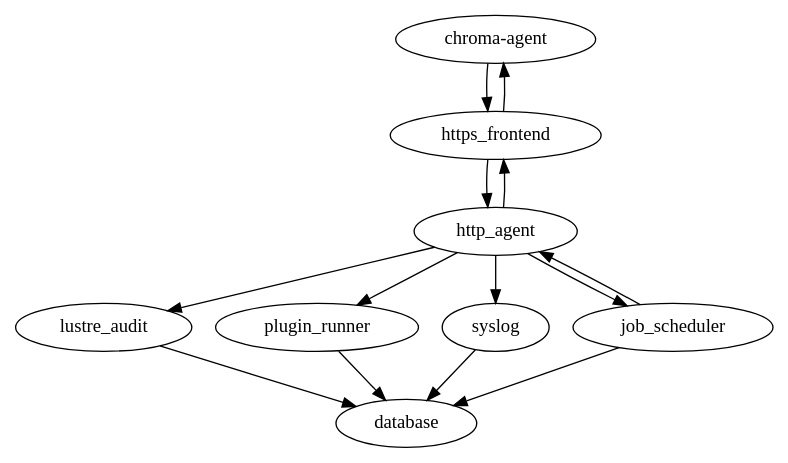
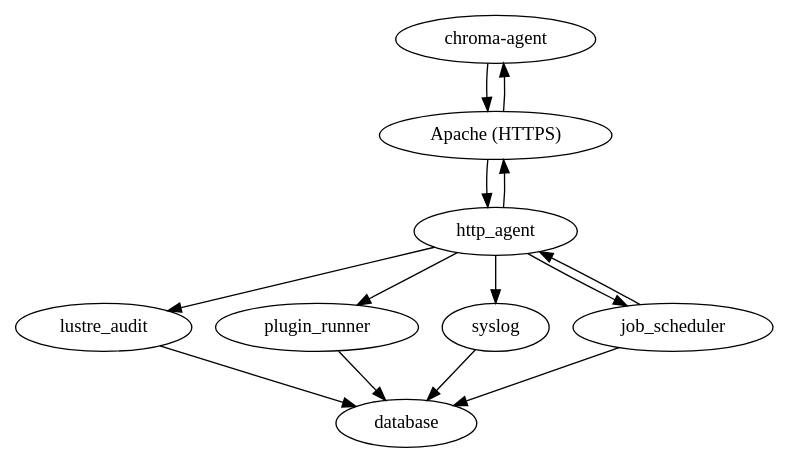
Before and after one commit to whamcloud/integrated-manager-for-lustre: the third of 5 diagrams in chroma-manager/docs/internals/dataflow.rst, drawn with Graphviz. The commit also changed other lines of this file and 13 other files, not shown here.

```diff
--- a/chroma-manager/docs/internals/dataflow.rst
+++ b/chroma-manager/docs/internals/dataflow.rst
@@ -49,14 +49,14 @@
 .. graphviz::
     
     digraph agent_dataflow {
-            "chroma-agent" -> https_frontend
-            https_frontend -> http_agent
-            https_frontend -> "chroma-agent"
-            http_agent -> https_frontend 
+            "chroma-agent" -> "Apache (HTTPS)"
+            "Apache (HTTPS)" -> http_agent
+            "Apache (HTTPS)" -> "chroma-agent"
+            http_agent -> "Apache (HTTPS)" 
             http_agent -> lustre_audit -> database
             http_agent -> plugin_runner -> database
             http_agent -> syslog -> database
             http_agent -> job_scheduler
             job_scheduler -> http_agent
             job_scheduler -> database
     }
```
